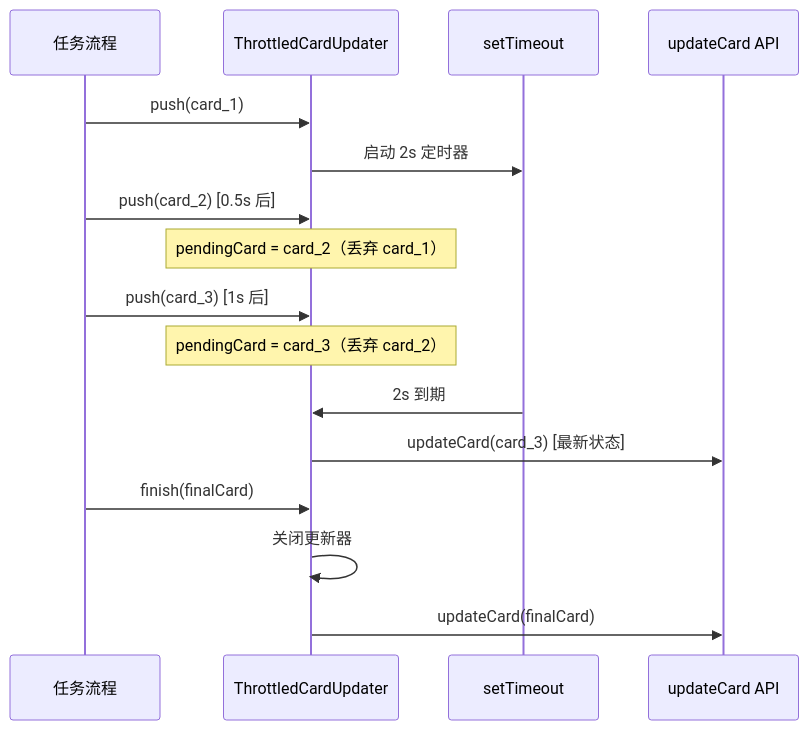
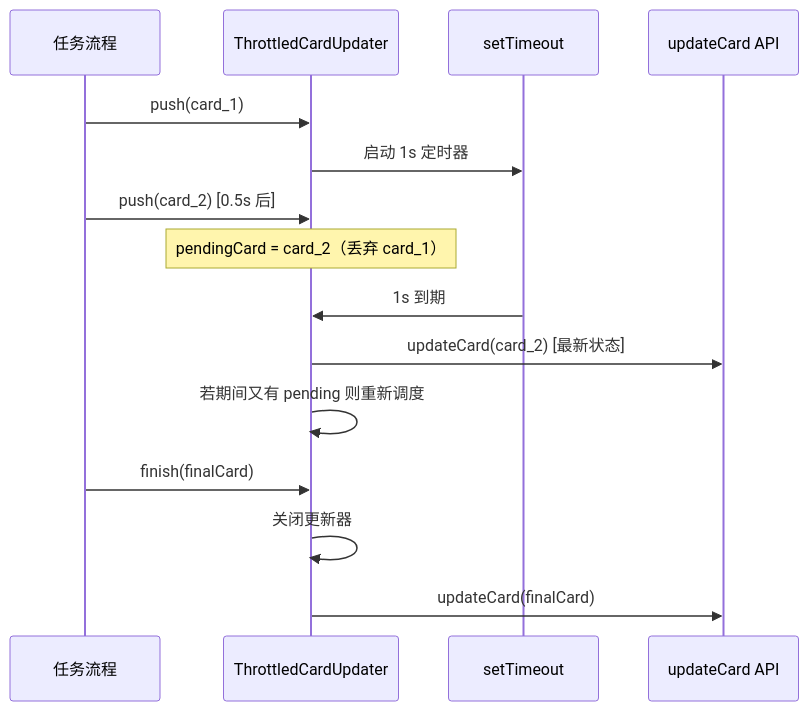
One commit to CerrorJ/Agent-Team changed the second of 2 diagrams in openwiki/domain/task-card.md. Above: the diagram before and after it, drawn with Mermaid. The commit also changed other lines of this file and 12 other files, not shown here.

````diff
--- a/openwiki/domain/task-card.md
+++ b/openwiki/domain/task-card.md
@@ -95,19 +95,18 @@
 ```mermaid
 sequenceDiagram
     participant Flow as 任务流程
     participant TCU as ThrottledCardUpdater
     participant Timer as setTimeout
     participant API as updateCard API
 
     Flow->>TCU: push(card_1)
-    TCU->>Timer: 启动 2s 定时器
+    TCU->>Timer: 启动 1s 定时器
     Flow->>TCU: push(card_2) [0.5s 后]
     Note over TCU: pendingCard = card_2（丢弃 card_1）
-    Flow->>TCU: push(card_3) [1s 后]
-    Note over TCU: pendingCard = card_3（丢弃 card_2）
-    Timer->>TCU: 2s 到期
-    TCU->>API: updateCard(card_3) [最新状态]
+    Timer->>TCU: 1s 到期
+    TCU->>API: updateCard(card_2) [最新状态]
+    TCU->>TCU: 若期间又有 pending 则重新调度
     Flow->>TCU: finish(finalCard)
     TCU->>TCU: 关闭更新器
     TCU->>API: updateCard(finalCard)
 ```
````
